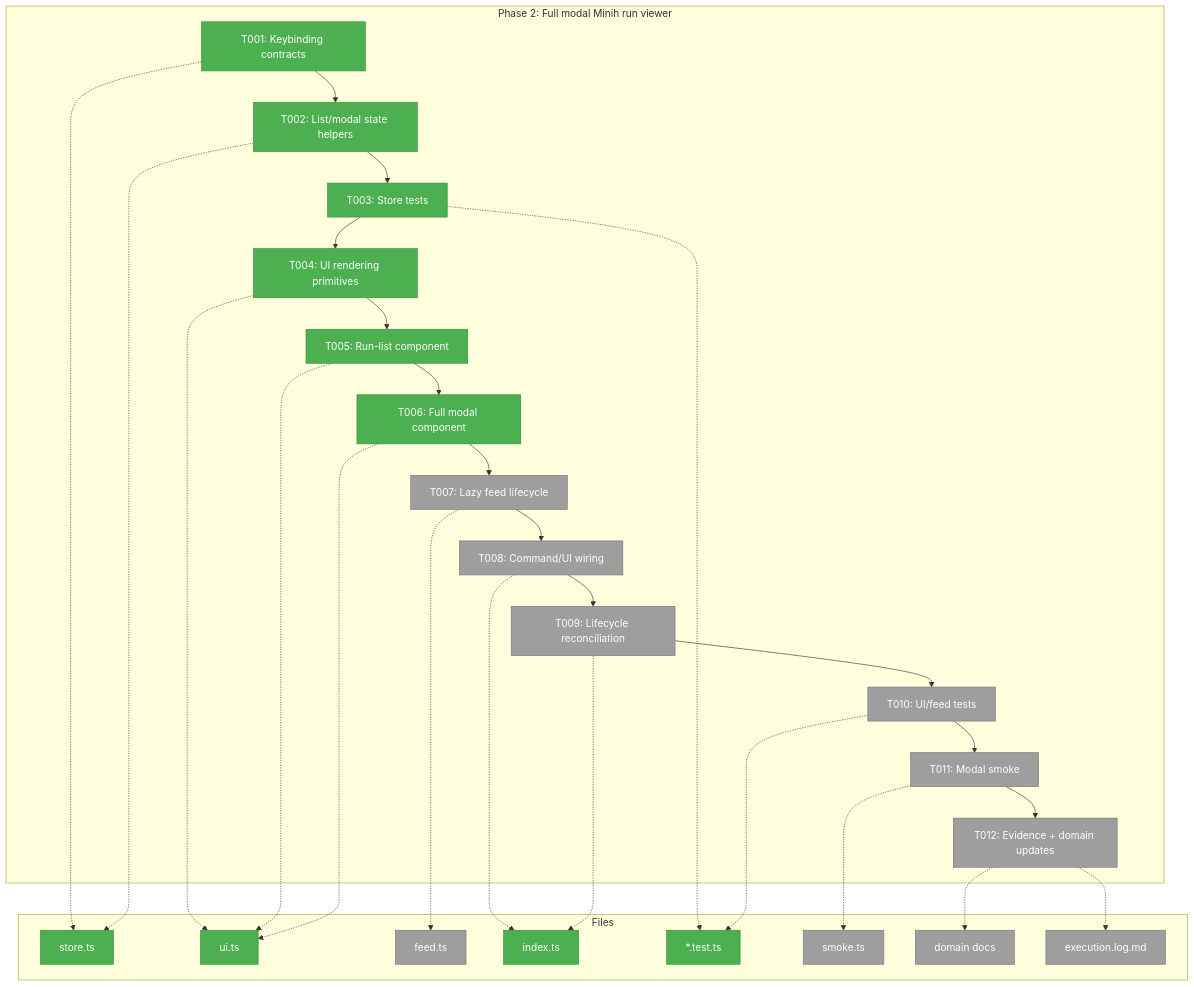
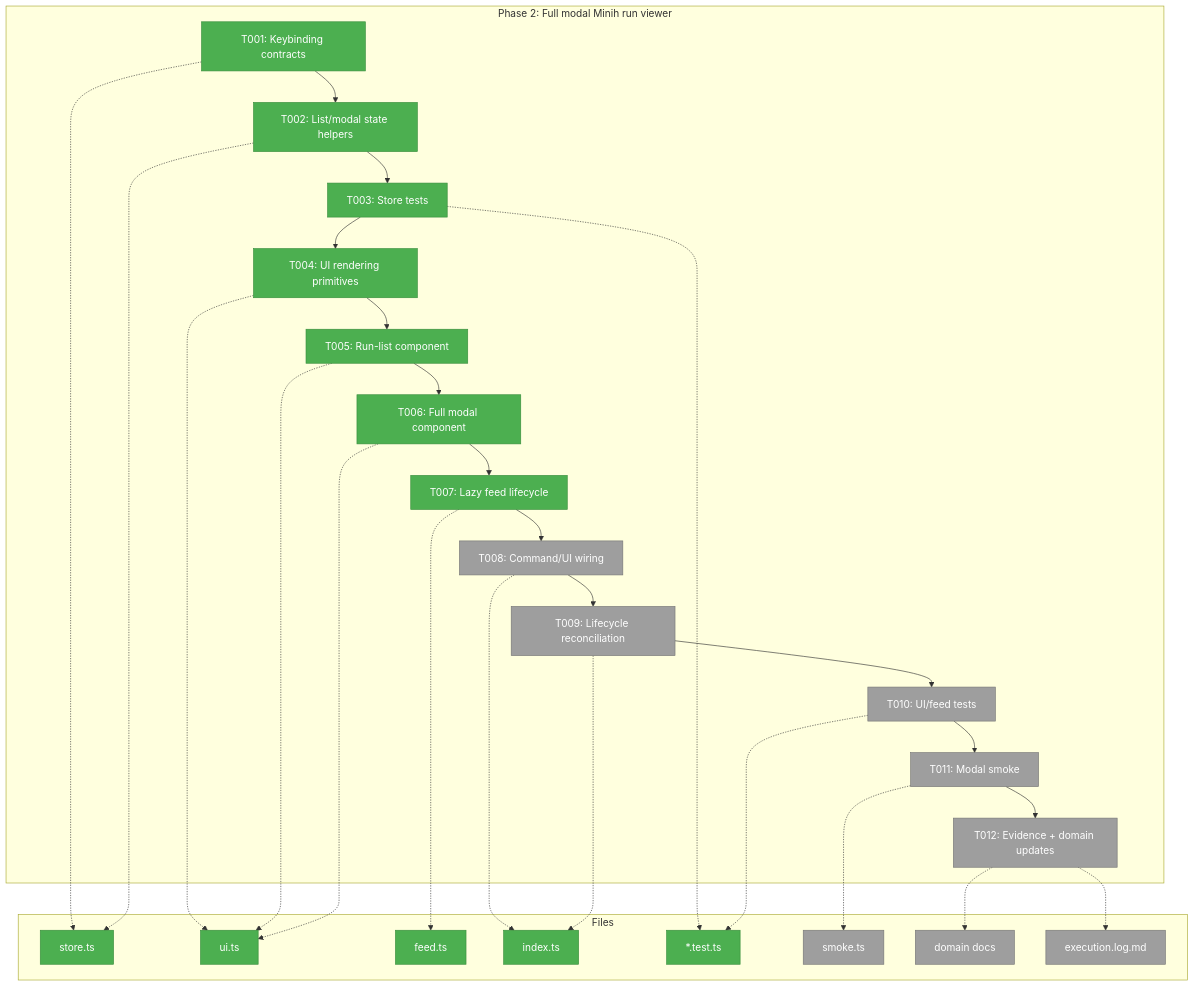
Before and after one commit to vaughanknight/pij: the first of 3 diagrams in docs/plans/007-options-for-pi-extensions-that-do-subagents/tasks/phase-2-full-modal-minih-run-viewer/tasks.md, drawn with Mermaid. The commit also changed other lines of this file and 4 other files, not shown here.

Commit message:
feat(minih): add read-only feed lifecycle

````diff
--- a/docs/plans/007-options-for-pi-extensions-that-do-subagents/tasks/phase-2-full-modal-minih-run-viewer/tasks.md
+++ b/docs/plans/007-options-for-pi-extensions-that-do-subagents/tasks/phase-2-full-modal-minih-run-viewer/tasks.md
@@ -135,47 +135,47 @@
 ```mermaid
 flowchart TD
     classDef pending fill:#9E9E9E,stroke:#757575,color:#fff
     classDef inprogress fill:#FFC107,stroke:#FFA000,color:#000
     classDef completed fill:#4CAF50,stroke:#388E3C,color:#fff
 
     subgraph Phase["Phase 2: Full modal Minih run viewer"]
         T001["T001: Keybinding contracts"]:::completed
         T002["T002: List/modal state helpers"]:::completed
         T003["T003: Store tests"]:::completed
         T004["T004: UI rendering primitives"]:::completed
         T005["T005: Run-list component"]:::completed
         T006["T006: Full modal component"]:::completed
-        T007["T007: Lazy feed lifecycle"]:::pending
+        T007["T007: Lazy feed lifecycle"]:::completed
         T008["T008: Command/UI wiring"]:::pending
         T009["T009: Lifecycle reconciliation"]:::pending
         T010["T010: UI/feed tests"]:::pending
         T011["T011: Modal smoke"]:::pending
         T012["T012: Evidence + domain updates"]:::pending
         T001 --> T002 --> T003 --> T004 --> T005 --> T006 --> T007 --> T008 --> T009 --> T010 --> T011 --> T012
     end
 
     subgraph Files["Files"]
         F1["store.ts"]:::completed
         F2["ui.ts"]:::completed
-        F3["feed.ts"]:::pending
+        F3["feed.ts"]:::completed
         F4["index.ts"]:::completed
         F5["*.test.ts"]:::completed
         F6["smoke.ts"]:::pending
         F7["domain docs"]:::pending
         F8["execution.log.md"]:::pending
     end
 
     T001 -.-> F1
     T002 -.-> F1
     T003 -.-> F5
     T004 -.-> F2
     T005 -.-> F2
     T006 -.-> F2
     T007 -.-> F3
     T008 -.-> F4
     T009 -.-> F4
     T010 -.-> F5
     T011 -.-> F6
     T012 -.-> F7
     T012 -.-> F8
 ```
````
